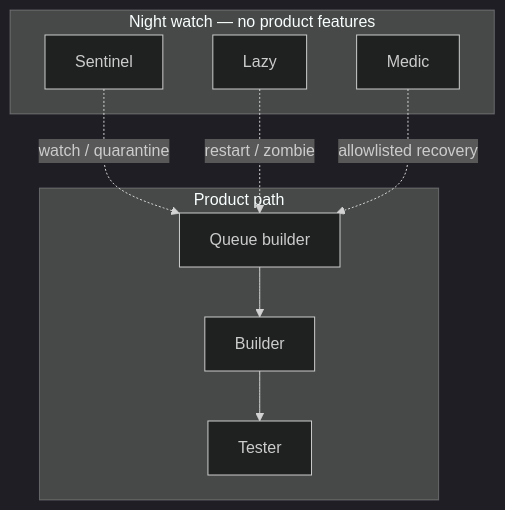
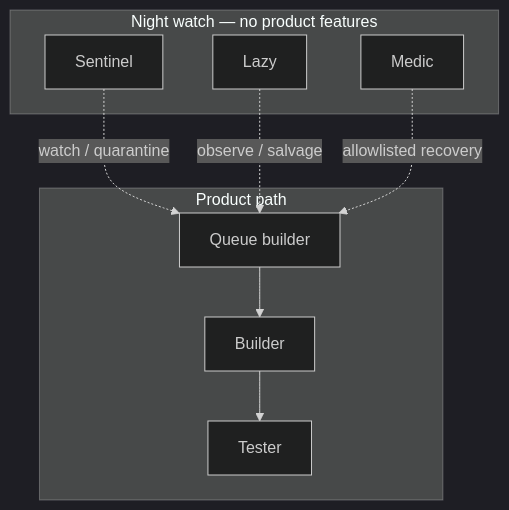
One commit to southu/vygo changed the fifth of 7 diagrams in content/vibe-coding/ratchet-guide/diagrams.md. Above: the diagram before and after it, drawn with Mermaid (dark theme). The commit also changed other lines of this file and 42 other files, not shown here.

````diff
--- a/content/vibe-coding/ratchet-guide/diagrams.md
+++ b/content/vibe-coding/ratchet-guide/diagrams.md
@@ -123,19 +123,19 @@
 ```mermaid
 flowchart TB
   subgraph product [Product path]
     QB[Queue builder]
     BL[Builder]
     TS[Tester]
   end
 
   subgraph watch [Night watch — no product features]
     SN[Sentinel]
     LZ[Lazy]
     MD[Medic]
   end
 
   QB --> BL --> TS
   SN -.->|watch / quarantine| QB
-  LZ -.->|restart / zombie| QB
+  LZ -.->|observe / salvage| QB
   MD -.->|allowlisted recovery| QB
 ```
````
